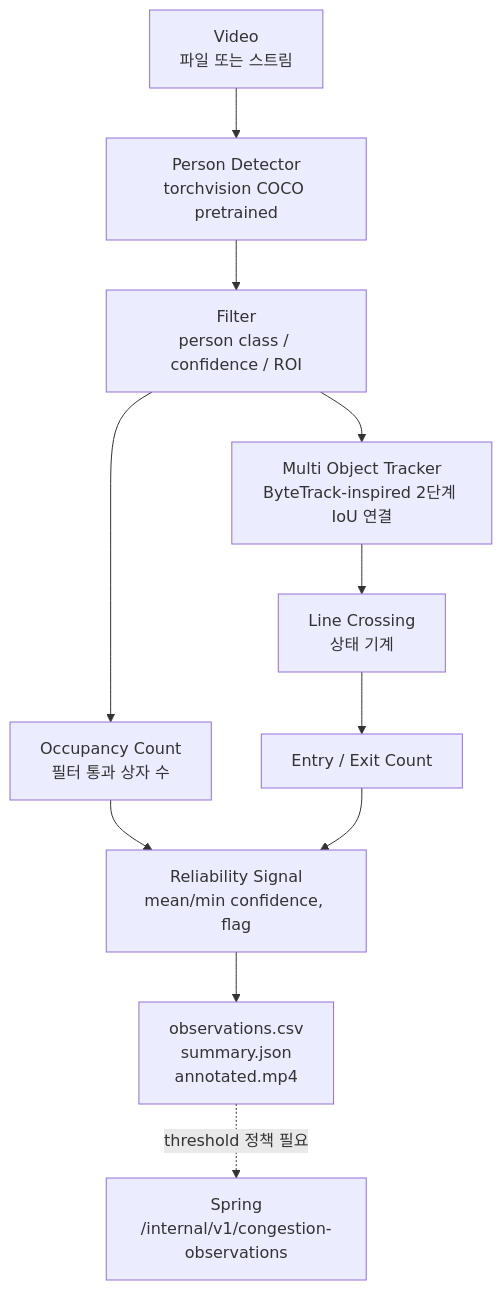
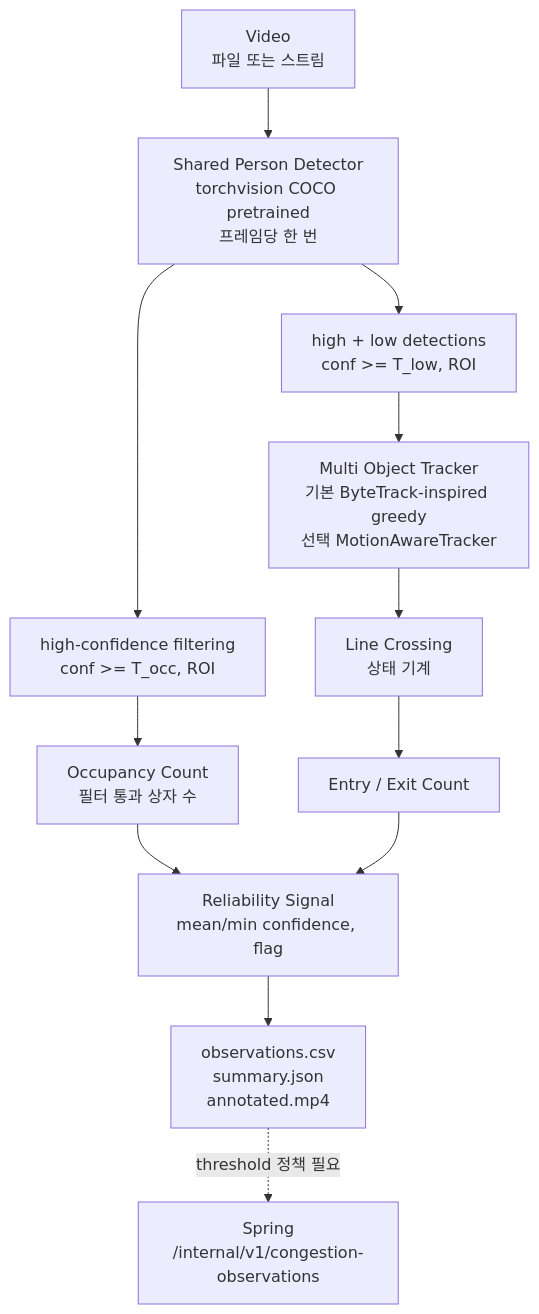
The diagram in research/cctv_counting/README.md (bab-planner/babplanner_ai), drawn with Mermaid before and after one commit. The commit also changed other lines of this file and 31 other files, not shown here.

````diff
--- a/research/cctv_counting/README.md
+++ b/research/cctv_counting/README.md
@@ -74,13 +74,14 @@
 ```mermaid
 flowchart TD
-    V[Video<br/>파일 또는 스트림] --> D[Person Detector<br/>torchvision COCO pretrained]
-    D --> F[Filter<br/>person class / confidence / ROI]
-    F --> O1[Occupancy Count<br/>필터 통과 상자 수]
-    F --> T[Multi Object Tracker<br/>ByteTrack-inspired 2단계 IoU 연결]
+    V[Video<br/>파일 또는 스트림] --> D[Shared Person Detector<br/>torchvision COCO pretrained<br/>프레임당 한 번]
+    D --> FO[high-confidence filtering<br/>conf >= T_occ, ROI]
+    D --> FE[high + low detections<br/>conf >= T_low, ROI]
+    FO --> O1[Occupancy Count<br/>필터 통과 상자 수]
+    FE --> T[Multi Object Tracker<br/>기본 ByteTrack-inspired greedy<br/>선택 MotionAwareTracker]
     T --> C[Line Crossing<br/>상태 기계]
     C --> E[Entry / Exit Count]
     O1 --> R[Reliability Signal<br/>mean/min confidence, flag]
     E --> R
     R --> OUT[observations.csv<br/>summary.json<br/>annotated.mp4]
     OUT -.threshold 정책 필요.-> S[Spring<br/>/internal/v1/congestion-observations]
 ```
````
